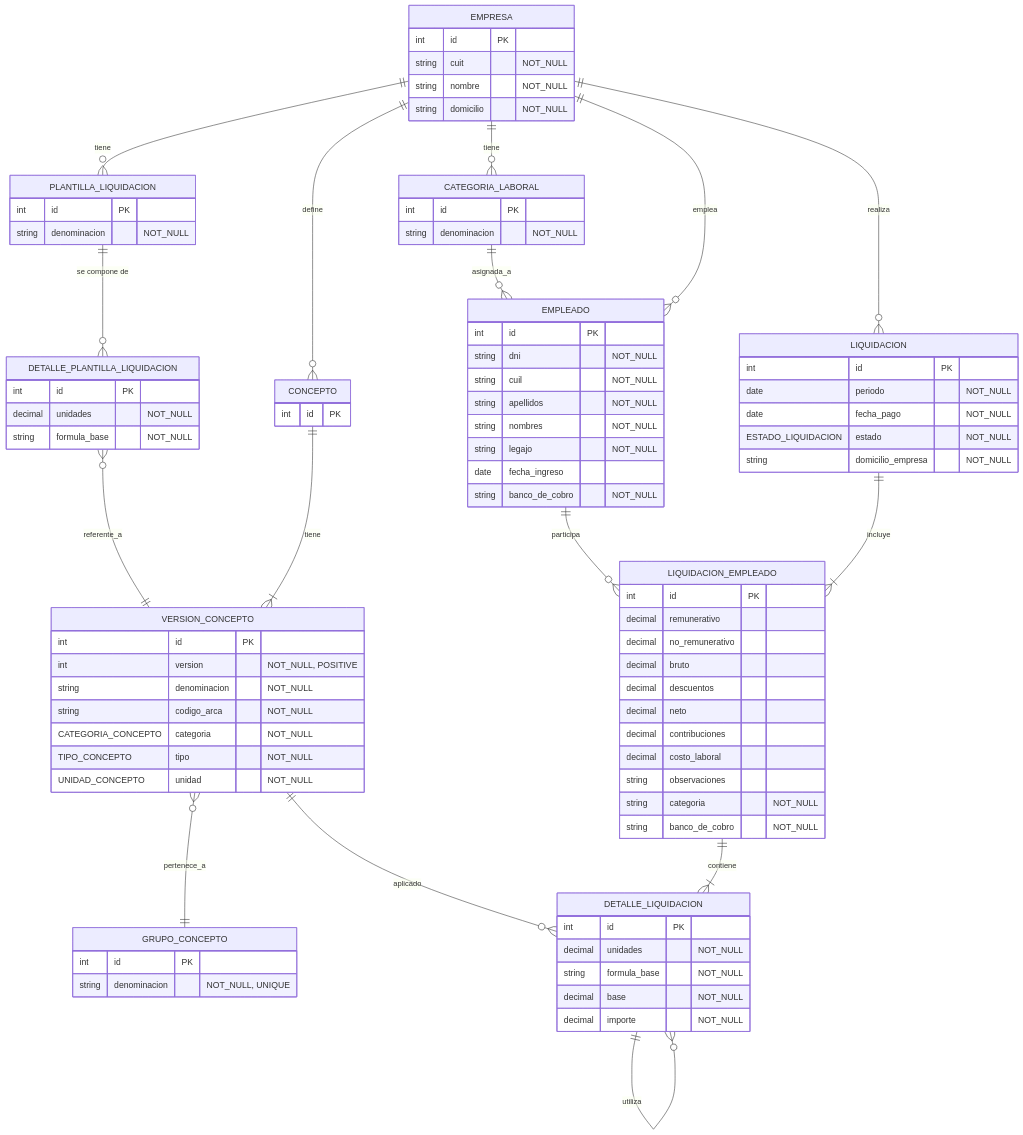
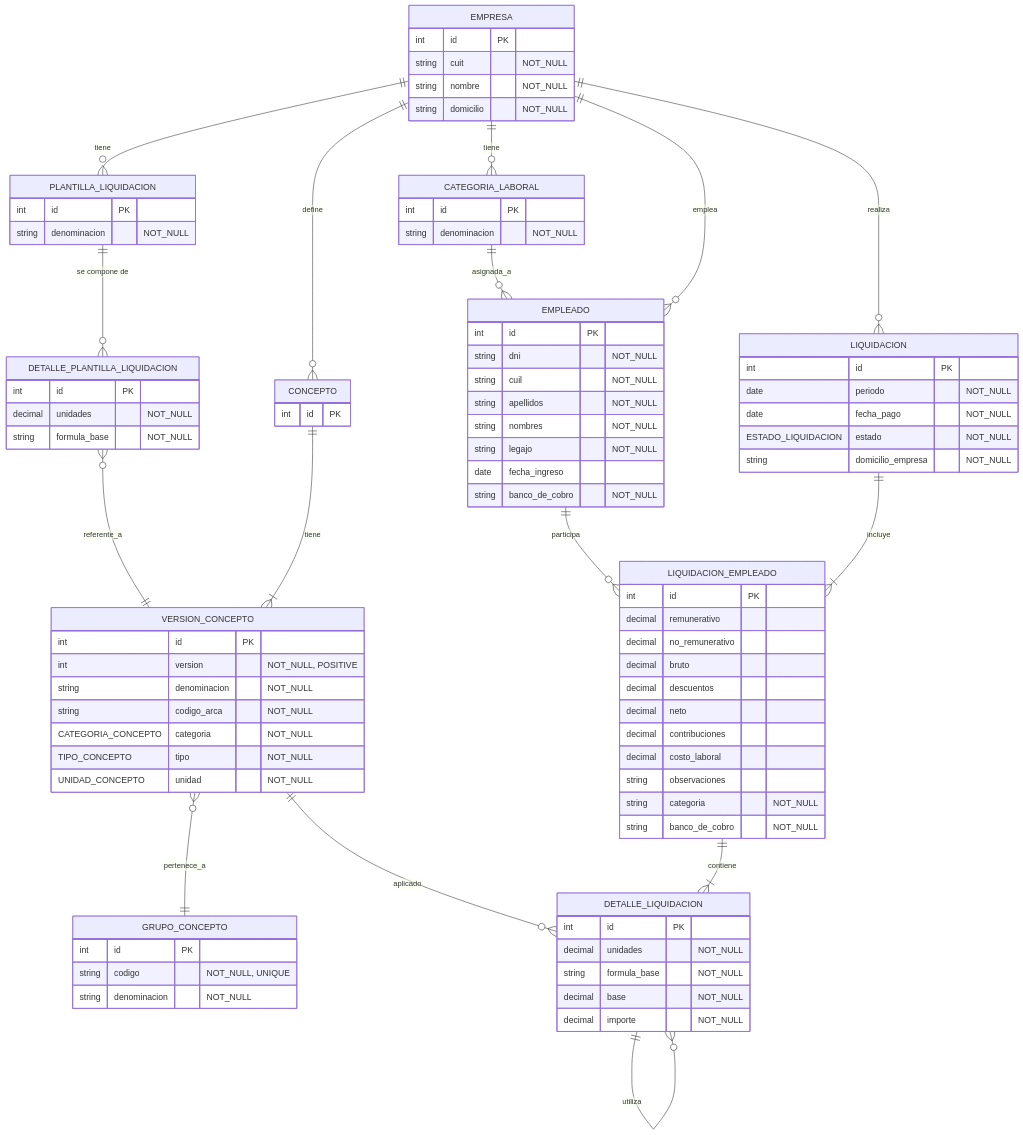
The diagram in docs/db/der.md (IgnacioAusili/ms_contable), drawn with Mermaid before and after one commit. The commit also changed 24 other files, not shown here.

```diff
--- a/docs/db/der.md
+++ b/docs/db/der.md
@@ -64,9 +64,13 @@
     GRUPO_CONCEPTO {
         int id PK
         %% DJANGO BLANK: false
+        %% DJANGO HELP_TEXT: Ej: seguridad_social, inssjp, obra_social, etc
+        %% Reglas de Negocio: immutable 
+        string codigo "NOT_NULL, UNIQUE"
+        %% DJANGO BLANK: false
         %% DJANGO HELP_TEXT: Ej: Seguridad Social, INSSJP, Obra Social, etc
         %% Reglas de Negocio: immutable 
-        string denominacion "NOT_NULL, UNIQUE"
+        string denominacion "NOT_NULL"
     }
 
     VERSION_CONCEPTO {
```
